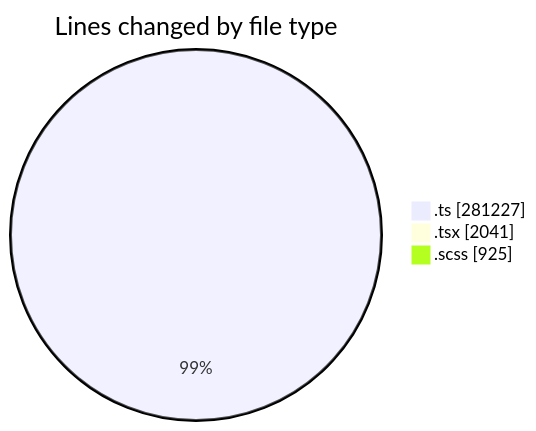
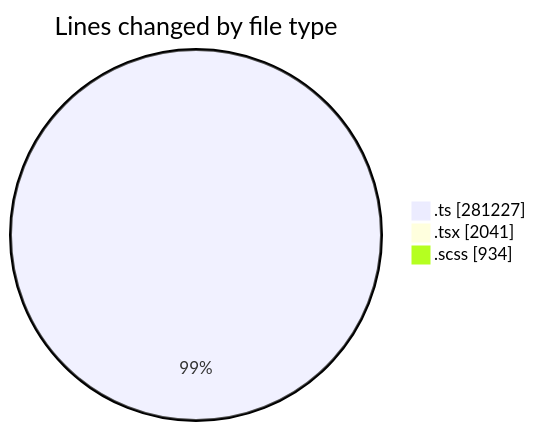
Before and after one commit to momahboobian/code-tracking: the first of 2 diagrams in 2025-08-22/cda/README.md, drawn with Mermaid. The commit also changed other lines of this file and 1 other file, not shown here.

````diff
--- a/2025-08-22/cda/README.md
+++ b/2025-08-22/cda/README.md
@@ -43,7 +43,7 @@
 ```mermaid
 pie showData
 title Lines changed by file type
 ".ts" : 281227
 ".tsx" : 2041
-".scss" : 925
+".scss" : 934
 ```
````
